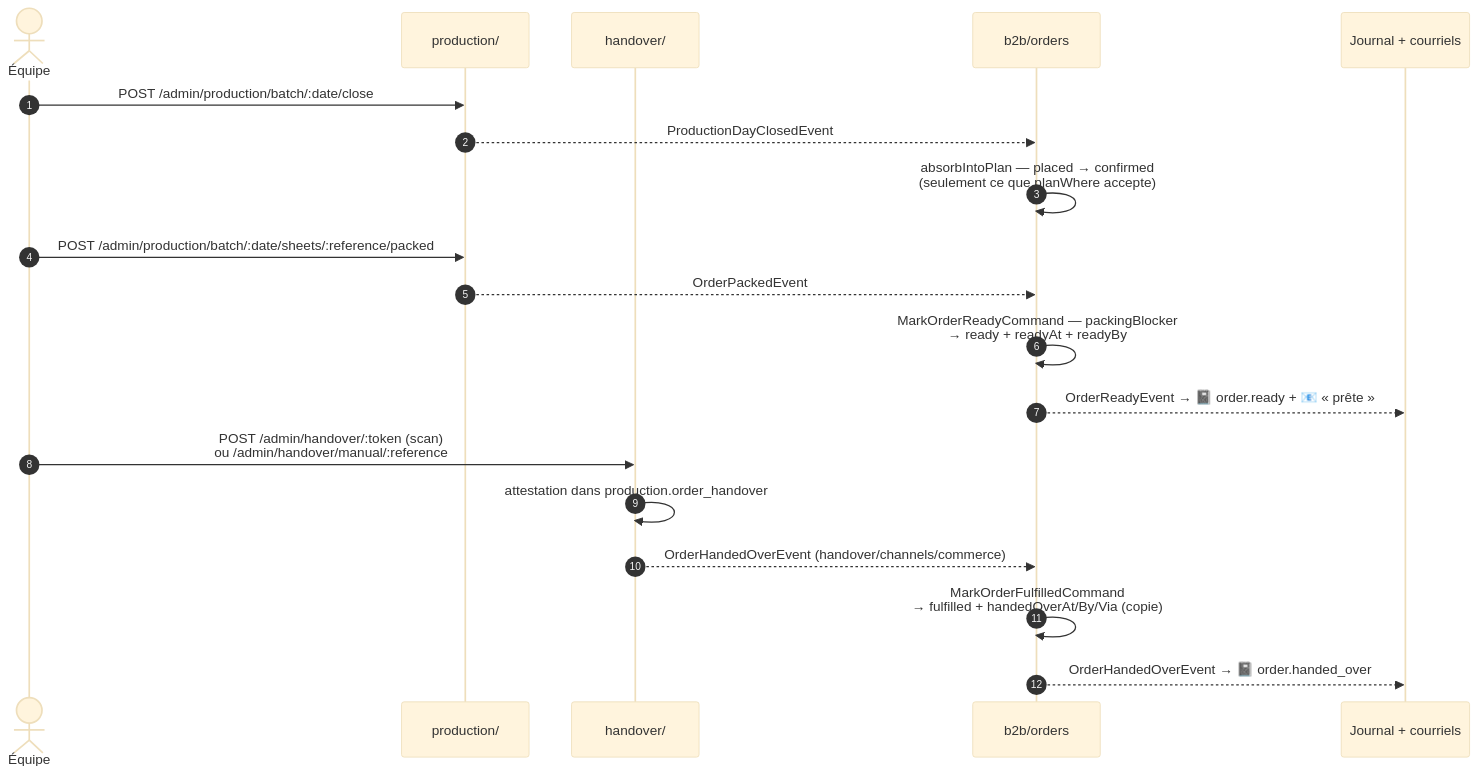
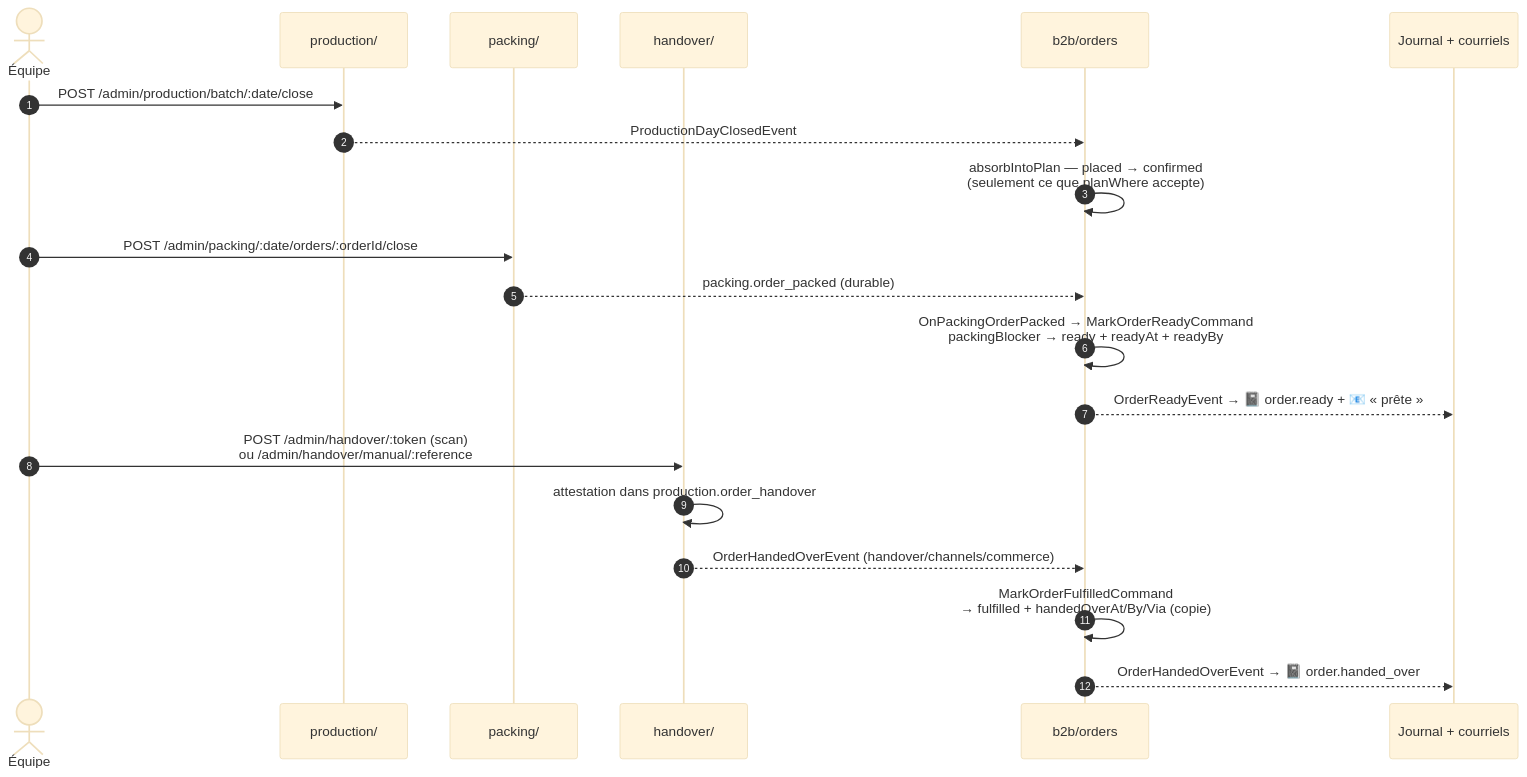
Before and after one commit to hugoheynard/lfd: the second of 4 diagrams in documentation/order/architecture-cycle-de-vie-commande.md, drawn with Mermaid (base theme). The commit also changed other lines of this file and 1 other file, not shown here.

````diff
--- a/documentation/order/architecture-cycle-de-vie-commande.md
+++ b/documentation/order/architecture-cycle-de-vie-commande.md
@@ -78,24 +81,25 @@
 ```mermaid
 sequenceDiagram
     autonumber
     actor E as Équipe
     participant PR as production/
+    participant PK as packing/
     participant HO as handover/
     participant CO as b2b/orders
     participant J as Journal + courriels
 
     E->>PR: POST /admin/production/batch/:date/close
     PR-->>CO: ProductionDayClosedEvent
     CO->>CO: absorbIntoPlan — placed → confirmed<br/>(seulement ce que planWhere accepte)
 
-    E->>PR: POST /admin/production/batch/:date/sheets/:reference/packed
-    PR-->>CO: OrderPackedEvent
-    CO->>CO: MarkOrderReadyCommand — packingBlocker<br/>→ ready + readyAt + readyBy
+    E->>PK: POST /admin/packing/:date/orders/:orderId/close
+    PK-->>CO: packing.order_packed (durable)
+    CO->>CO: OnPackingOrderPacked → MarkOrderReadyCommand<br/>packingBlocker → ready + readyAt + readyBy
     CO-->>J: OrderReadyEvent → 📓 order.ready + 📧 « prête »
 
     E->>HO: POST /admin/handover/:token (scan)<br/>ou /admin/handover/manual/:reference
     HO->>HO: attestation dans production.order_handover
     HO-->>CO: OrderHandedOverEvent (handover/channels/commerce)
     CO->>CO: MarkOrderFulfilledCommand<br/>→ fulfilled + handedOverAt/By/Via (copie)
     CO-->>J: OrderHandedOverEvent → 📓 order.handed_over
 ```
````
